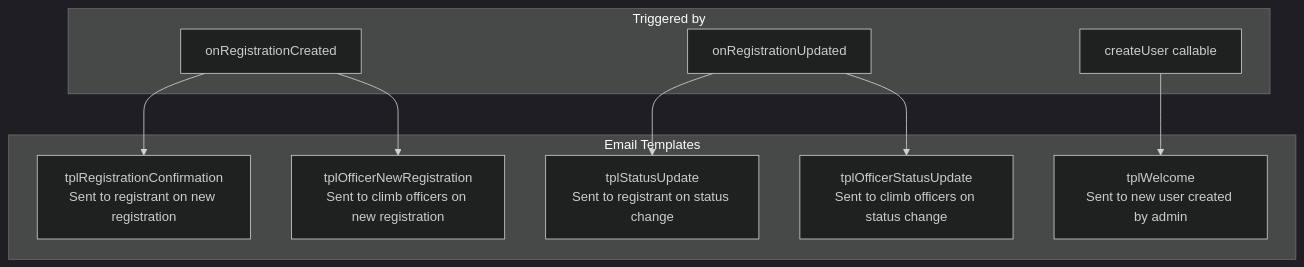
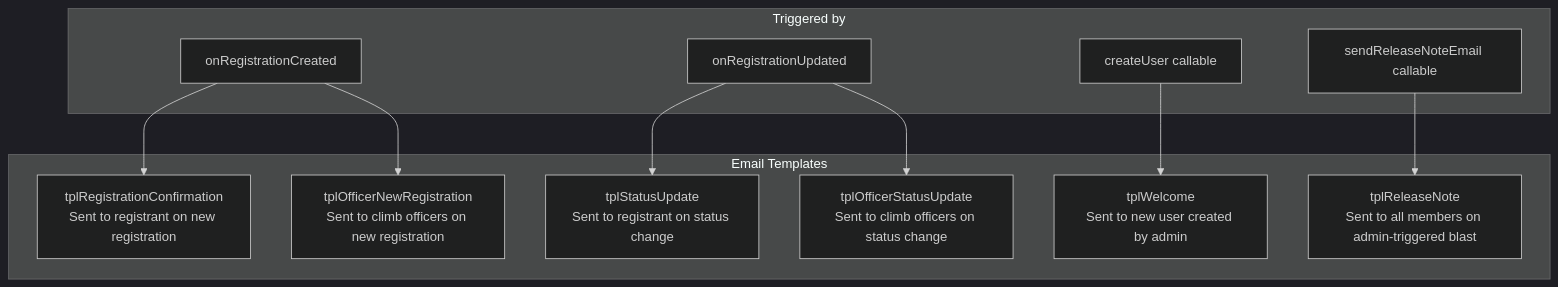
The seventh of 7 diagrams in docs/API.md (Oweeboi011/mms-open-climbs), drawn with Mermaid (dark theme) before and after one commit. The commit also changed other lines of this file and 9 other files, not shown here.

First line of the commit message:
feat: Implement Release Notes feature with admin publishing and member notifications

````diff
--- a/docs/API.md
+++ b/docs/API.md
@@ -386,22 +470,25 @@
 ```mermaid
 graph TD
     subgraph Templates["Email Templates"]
         T1["tplRegistrationConfirmation\nSent to registrant on new registration"]
         T2["tplStatusUpdate\nSent to registrant on status change"]
         T3["tplOfficerNewRegistration\nSent to climb officers on new registration"]
         T4["tplOfficerStatusUpdate\nSent to climb officers on status change"]
         T5["tplWelcome\nSent to new user created by admin"]
+        T6["tplReleaseNote\nSent to all members on admin-triggered blast"]
     end
 
     subgraph Trigger["Triggered by"]
         TR1["onRegistrationCreated"]
         TR2["onRegistrationUpdated"]
         TR3["createUser callable"]
+        TR4["sendReleaseNoteEmail callable"]
     end
 
     TR1 --> T1
     TR1 --> T3
     TR2 --> T2
     TR2 --> T4
     TR3 --> T5
+    TR4 --> T6
 ```
````
